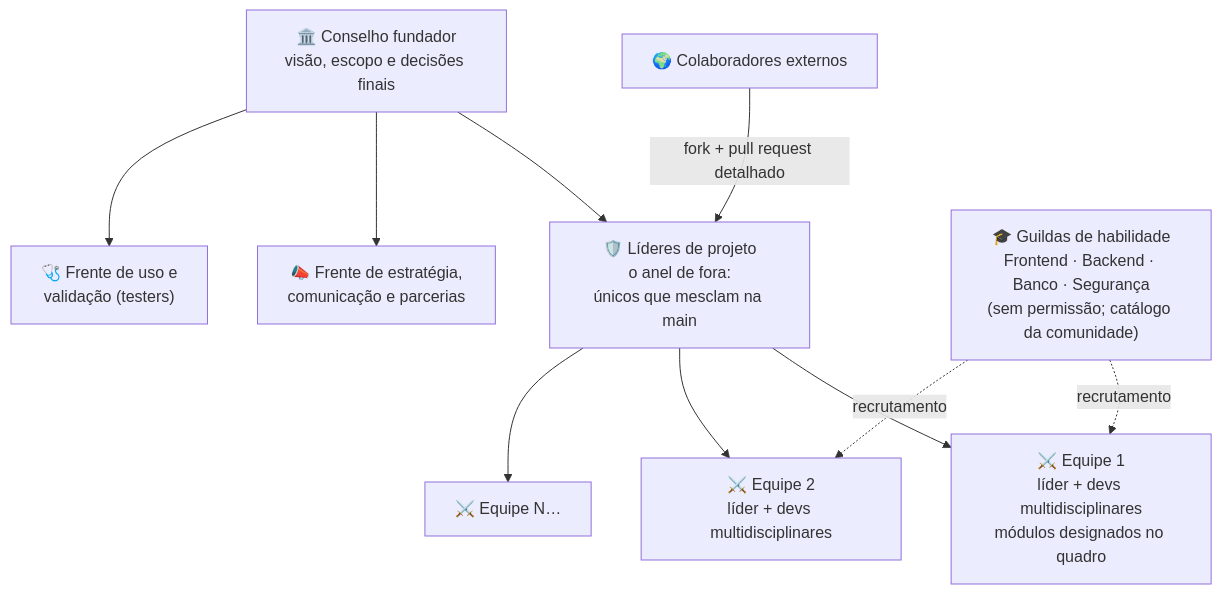
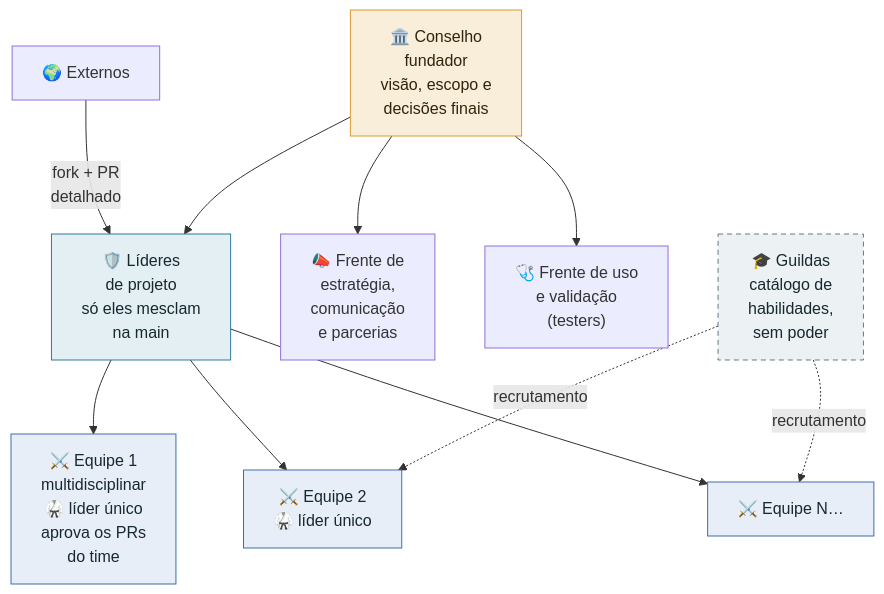
Before and after one commit to Iniciativa-OpenClinic/OpenClinic: the first of 2 diagrams in GOVERNANCE.md, drawn with Mermaid. The commit also changed other lines of this file and 1 other file, not shown here.

Commit message:
Redesenha os diagramas de contribuição e governança
O renderizador de mermaid do GitHub corta linhas compridas, em especial as que começam com emoji, e os cinco diagramas exibiam texto pela metade. Todas as caixas passam a usar linhas curtas com quebras explícitas, com o detalhe morando nas tabelas e no texto ao redor.

No fluxo de contribuição, a revisão do líder da equipe ganha os três desfechos (aprova, pede ajustes, recusa com observações), o pull request nasce em rascunho já com a descrição no molde e o contrato da API, e fica explícito que ao líder de projeto só chegam PRs aprovados pelo líder da equipe ou vindos de fork externo. No organograma, cada equipe mostra seu líder único, que aprova os PRs do time antes da revisão final. Papéis-chave ganham cores suaves com texto escuro, legíveis nos temas claro e escuro, e o prefixo de branch dos exemplos passa a equipe-1.

````diff
--- a/GOVERNANCE.md
+++ b/GOVERNANCE.md
@@ -35,12 +35,20 @@
 ```mermaid
 flowchart TD
-    CF["🏛️ Conselho fundador<br/>visão, escopo e decisões finais"] --> LP["🛡️ Líderes de projeto<br/>o anel de fora:<br/>únicos que mesclam na main"]
-    CF --> FE["📣 Frente de estratégia,<br/>comunicação e parcerias"]
-    CF --> FU["🩺 Frente de uso e<br/>validação (testers)"]
-    LP --> T1["⚔️ Equipe 1<br/>líder + devs multidisciplinares<br/>módulos designados no quadro"]
-    LP --> T2["⚔️ Equipe 2<br/>líder + devs multidisciplinares"]
+    CF["🏛️ Conselho<br/>fundador<br/>visão, escopo e<br/>decisões finais"] --> LP["🛡️ Líderes<br/>de projeto<br/>só eles mesclam<br/>na main"]
+    CF --> FE["📣 Frente de<br/>estratégia,<br/>comunicação<br/>e parcerias"]
+    CF --> FU["🩺 Frente de uso<br/>e validação<br/>(testers)"]
+    LP --> T1["⚔️ Equipe 1<br/>multidisciplinar<br/>🥋 líder único<br/>aprova os PRs<br/>do time"]
+    LP --> T2["⚔️ Equipe 2<br/>🥋 líder único"]
     LP --> TN["⚔️ Equipe N…"]
-    G["🎓 Guildas de habilidade<br/>Frontend · Backend · Banco · Segurança<br/>(sem permissão; catálogo da comunidade)"] -. recrutamento .-> T1
-    G -. recrutamento .-> T2
-    EXT["🌍 Colaboradores externos"] -- "fork + pull request detalhado" --> LP
+    G["🎓 Guildas<br/>catálogo de<br/>habilidades,<br/>sem poder"] -. recrutamento .-> T2
+    G -. recrutamento .-> TN
+    EXT["🌍 Externos"] -- "fork + PR<br/>detalhado" --> LP
+    classDef conselho fill:#F8EEDA,stroke:#DB9B2D,color:#33240B
+    classDef projeto fill:#E4EFF4,stroke:#2E7D9A,color:#16292F
+    classDef equipe fill:#E8EEF7,stroke:#3B6FB0,color:#16292F
+    classDef aberto fill:#ECF1F4,stroke:#647984,color:#16292F,stroke-dasharray:5 4
+    class CF conselho
+    class LP projeto
+    class T1,T2,TN equipe
+    class G aberto
 ```
````
